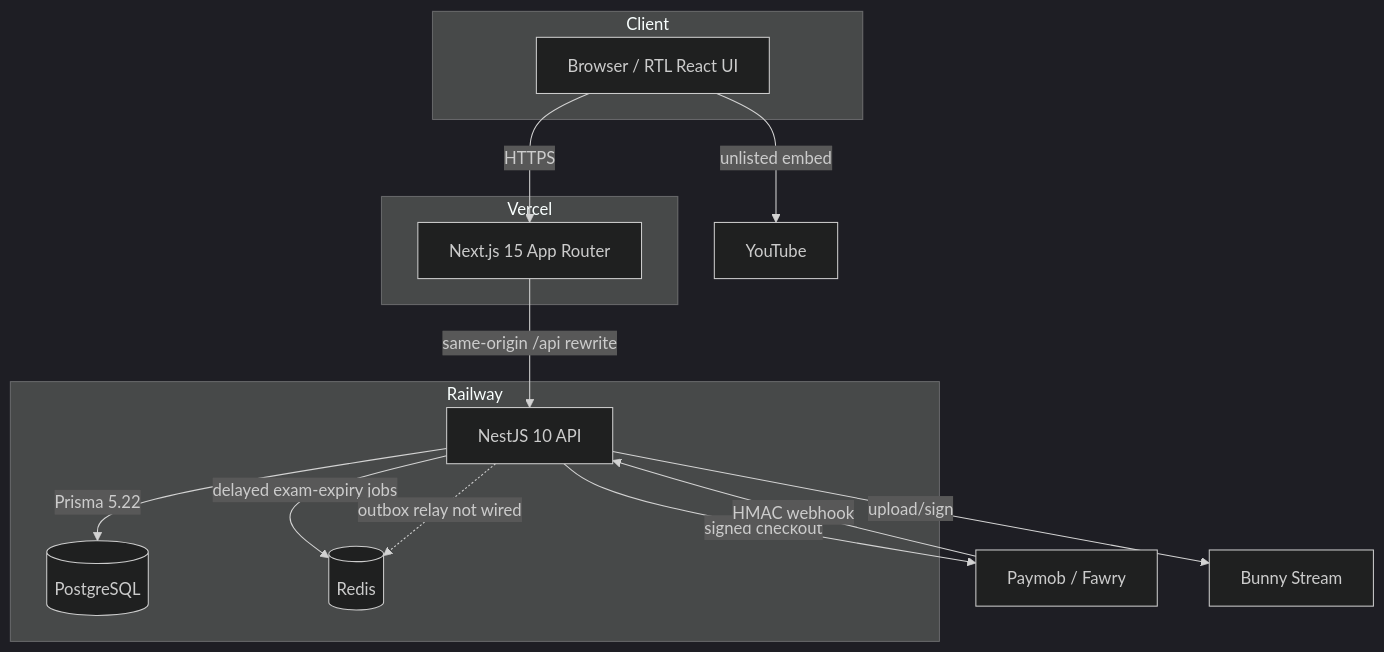
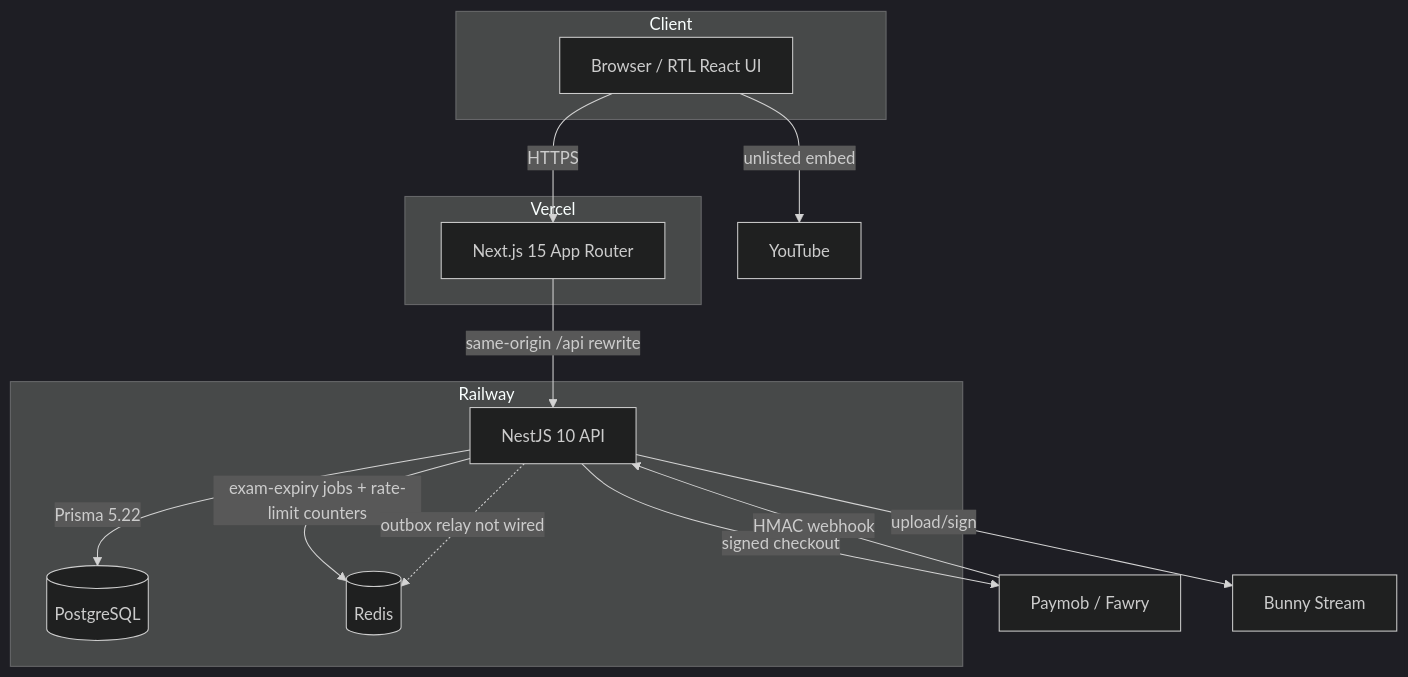
One commit to omarahameds2010-lab/sanad-edtech changed the diagram in docs/ARCHITECTURE.md. Above: the diagram before and after it, drawn with Mermaid (dark theme). The commit also changed other lines of this file and 9 other files, not shown here.

````diff
--- a/docs/ARCHITECTURE.md
+++ b/docs/ARCHITECTURE.md
@@ -7,26 +7,26 @@
 ```mermaid
 flowchart TB
     subgraph Client
         B[Browser / RTL React UI]
     end
 
     subgraph Vercel
         W[Next.js 15 App Router]
     end
 
     subgraph Railway
         A[NestJS 10 API]
         P[(PostgreSQL)]
         R[(Redis)]
     end
 
     B -->|HTTPS| W
     W -->|same-origin /api rewrite| A
     A -->|Prisma 5.22| P
-    A -->|delayed exam-expiry jobs| R
+    A -->|exam-expiry jobs + rate-limit counters| R
     A -.->|outbox relay not wired| R
     A -->|signed checkout| PAY[Paymob / Fawry]
     A -->|upload/sign| BUN[Bunny Stream]
     B -->|unlisted embed| YT[YouTube]
     PAY -->|HMAC webhook| A
 ```
````
